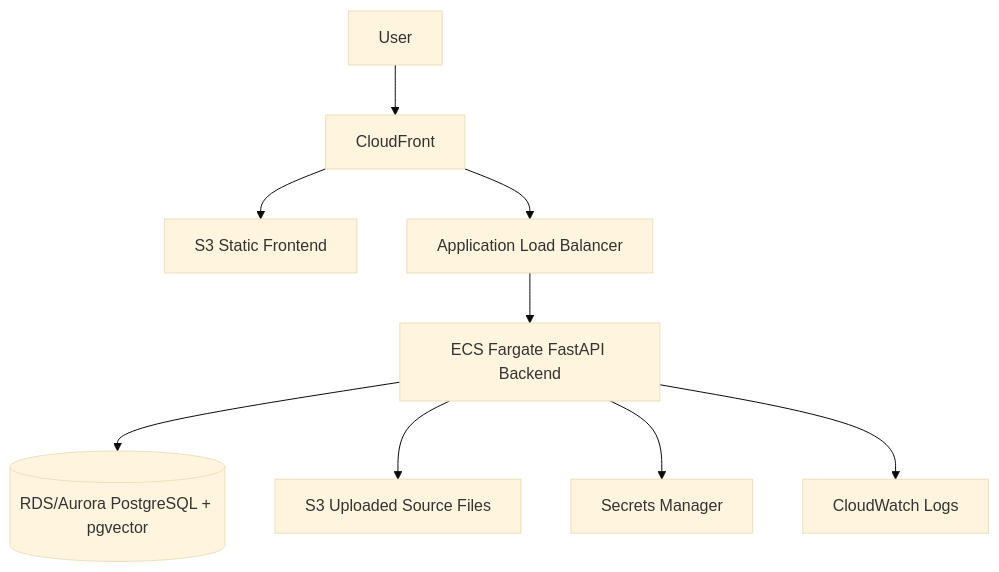
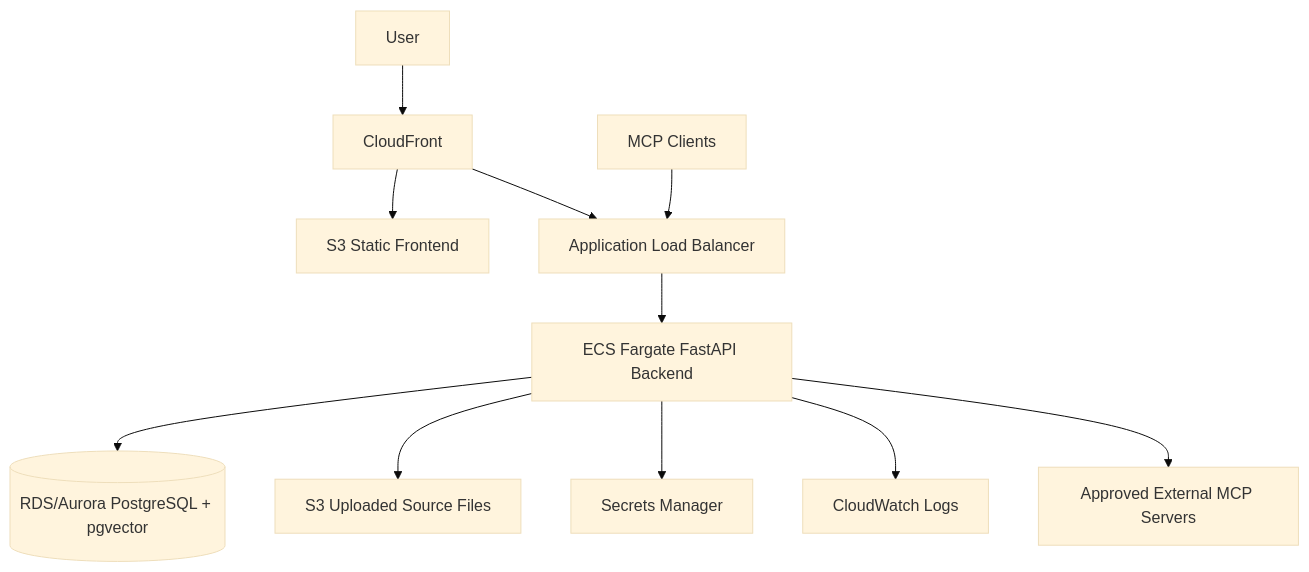
One commit to PranayRudra-3107/Base changed the third of 3 diagrams in README.md. Above: the diagram before and after it, drawn with Mermaid (base theme). The commit also changed other lines of this file and 14 other files, not shown here.

````diff
--- a/README.md
+++ b/README.md
@@ -210,11 +359,13 @@
 ```mermaid
 graph TD
   User[User] --> CloudFront[CloudFront]
   CloudFront --> S3Frontend[S3 Static Frontend]
   CloudFront --> ALB[Application Load Balancer]
+  MCPClients[MCP Clients] --> ALB
   ALB --> ECS[ECS Fargate FastAPI Backend]
   ECS --> RDS[(RDS/Aurora PostgreSQL + pgvector)]
   ECS --> S3Docs[S3 Uploaded Source Files]
   ECS --> Secrets[Secrets Manager]
   ECS --> Logs[CloudWatch Logs]
+  ECS --> ExternalMCP[Approved External MCP Servers]
 ```
````
